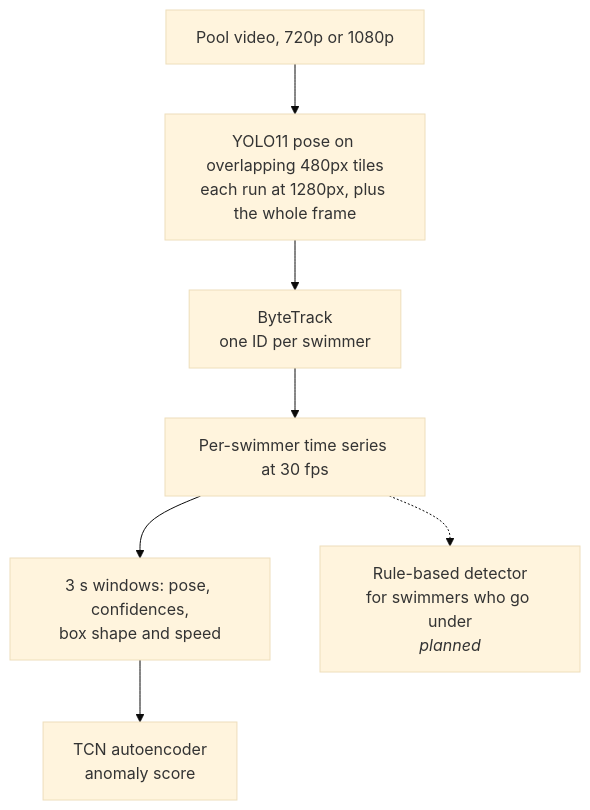
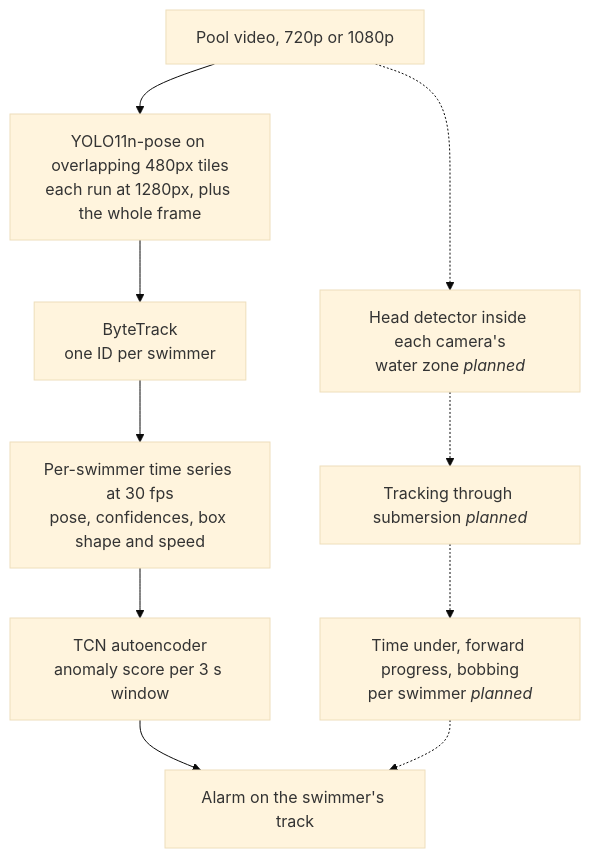
The diagram in README.md (nickpearlstone/Hydro-Knight), drawn with Mermaid (base theme) before and after one commit. The commit also changed other lines of this file and 5 other files, not shown here.

````diff
--- a/README.md
+++ b/README.md
@@ -19,9 +23,12 @@
 ```mermaid
 flowchart TD
-    A[Pool video, 720p or 1080p] --> B[YOLO11 pose on overlapping 480px tiles<br/>each run at 1280px, plus the whole frame]
+    A[Pool video, 720p or 1080p] --> B[YOLO11n-pose on overlapping 480px tiles<br/>each run at 1280px, plus the whole frame]
     B --> C[ByteTrack<br/>one ID per swimmer]
-    C --> D[Per-swimmer time series at 30 fps]
-    D --> E[3 s windows: pose, confidences,<br/>box shape and speed]
-    E --> F[TCN autoencoder<br/>anomaly score]
-    D -.-> G[Rule-based detector<br/>for swimmers who go under<br/><i>planned</i>]
+    C --> D[Per-swimmer time series at 30 fps<br/>pose, confidences, box shape and speed]
+    D --> E[TCN autoencoder<br/>anomaly score per 3 s window]
+    E --> F[Alarm on the swimmer's track]
+    A -.-> G[Head detector inside each camera's<br/>water zone <i>planned</i>]
+    G -.-> H[Tracking through submersion <i>planned</i>]
+    H -.-> I[Time under, forward progress, bobbing<br/>per swimmer <i>planned</i>]
+    I -.-> F
 ```
````
